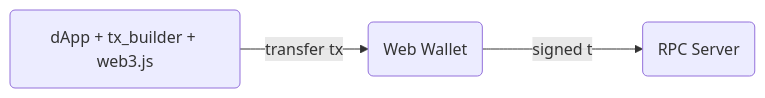
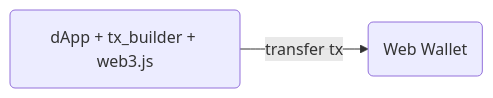
Before and after one commit to gist-rs/tx-builder-wasm: the first of 4 diagrams in README.md, drawn with Mermaid. The commit also changed other lines of this file, not shown here.

````diff
--- a/README.md
+++ b/README.md
@@ -13,4 +13,4 @@
 ```mermaid
 graph LR
-    A(dApp + tx_builder + web3.js) -- transfer tx --> Y(Web Wallet) -- signed tx--> Z(RPC Server)
+    A(dApp + tx_builder + web3.js) -- transfer tx --> Y(Web Wallet)
 ```
````
